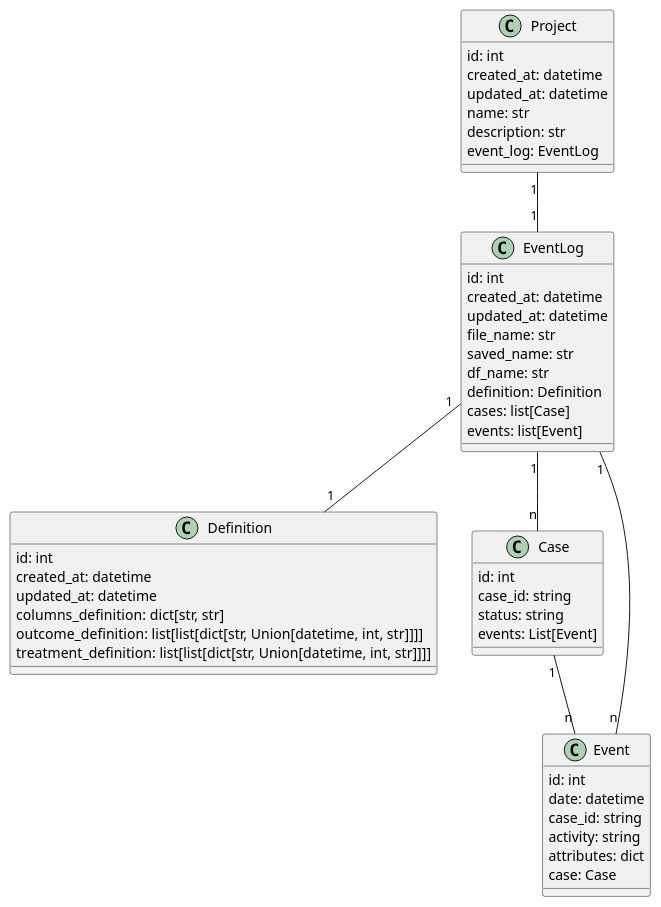
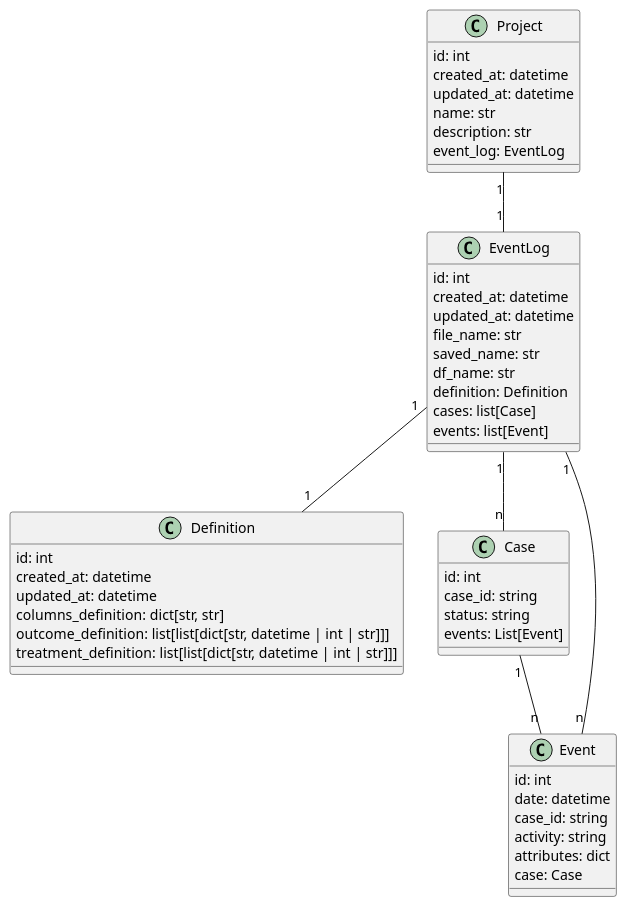
One commit to prcore/prcore changed the diagram in docs/core-classes.plantuml. Above: the diagram before and after it, drawn with PlantUML. The commit also changed 21 other files, not shown here.

```diff
--- a/docs/core-classes.plantuml
+++ b/docs/core-classes.plantuml
@@ -1,115 +1,115 @@
 @startuml core-classes
 
 class EventLog {
     id: int
     created_at: datetime
     updated_at: datetime
     file_name: str
     saved_name: str
     df_name: str
     definition: Definition
     cases: list[Case]
     events: list[Event]
 }
 
 class Definition {
     id: int
     created_at: datetime
     updated_at: datetime
     columns_definition: dict[str, str]
-    outcome_definition: list[list[dict[str, Union[datetime, int, str]]]]
-    treatment_definition: list[list[dict[str, Union[datetime, int, str]]]]
+    outcome_definition: list[list[dict[str, datetime | int | str]]]
+    treatment_definition: list[list[dict[str, datetime | int | str]]]
 }
 
 class Project {
     id: int
     created_at: datetime
     updated_at: datetime
     name: str
     description: str
     event_log: EventLog
 }
 
 class Case{
     id: int
     case_id: string
     status: string
     events: List[Event]
 }
 
 class Event{
     id: int
     date: datetime
     case_id: string
     activity: string
     attributes: dict
     case: Case
 }
 
 'class PreviousEventLog {
 '}
 '
 'class CurrentEventLog {
 '    events: List[Event]
 '}
 '
 'class Algorithm {
 '    id: int
 '    name: string
 '    description: string
 '    parameters: dict
 '    training_task: TrainingTask
 '    model: Model
 '}
 '
 'class TrainingTask {
 '    id: int
 '    date: datetime
 '    status: string
 '}
 '
 'class Model {
 '    id: int
 '    name: string
 '    date: datetime
 '    path: string
 '}
 '
 'class PrescribingTask {
 '    id: int
 '    date: datetime
 '    status: string
 '    case_id: string
 '    algorithm: Algorithm
 '    result: Result
 '}
 '
 'class Result {
 '    id: int
 '    date: datetime
 '    case_id: string
 '    output: string
 '}
 
 'EventLog <|-- PreviousEventLog
 'EventLog <|-- CurrentEventLog
 EventLog "1" -- "1" Definition
 EventLog "1" -- "n" Case
 EventLog "1" -- "n" Event
 Case "1" -- "n" Event
 Project "1" -- "1" EventLog
 'Project "1" -- "1" CurrentEventLog
 'CurrentEventLog "1" -- "n" Event
 'Event "n" -- "1" Case
 'Project "1" -- "n" Algorithm
 'Project "1" -- "n" TrainingTask
 'Case "1" -- "n" PrescribingTask
 'Project "1" -- "n" PrescribingTask
 'Algorithm "1" -- "1" TrainingTask
 'TrainingTask "1" -- "1" Model
 'Algorithm "1" -- "1" Model
 'Algorithm "1" -- "n" PrescribingTask
 'PrescribingTask "1" -- "1" Result
 'Case "1" -- "n" Result
 
 @enduml
```
